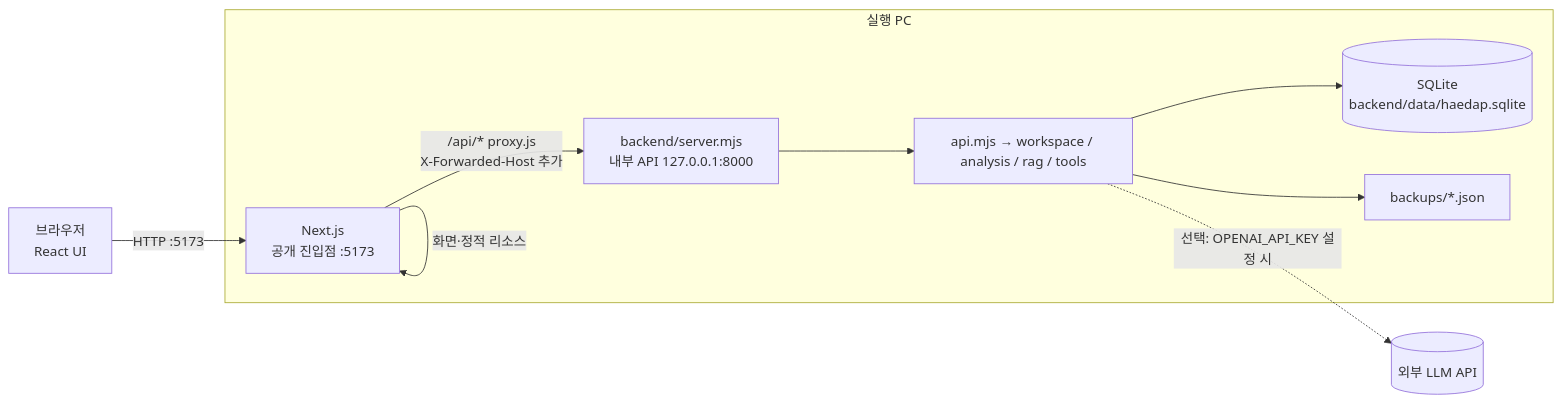
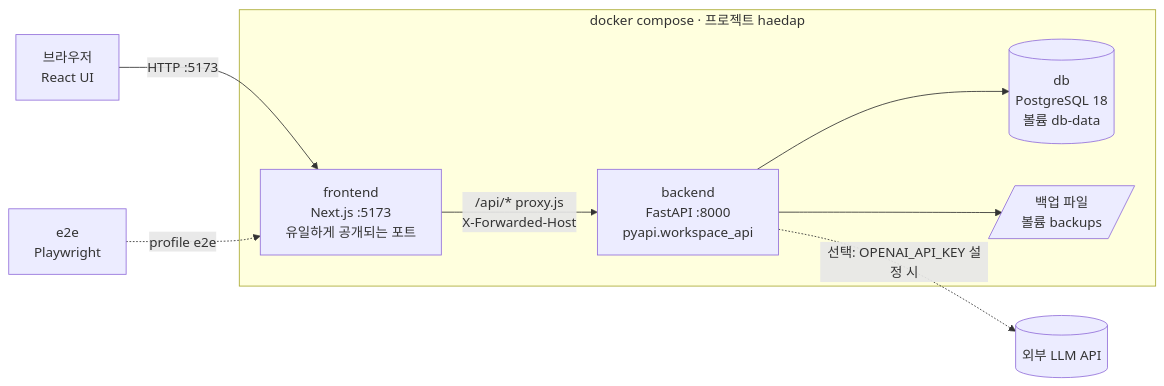
One commit to JongmuLee/sea-the-answer changed the first of 3 diagrams in docs/architecture.md. Above: the diagram before and after it, drawn with Mermaid. The commit also changed other lines of this file and 15 other files, not shown here.

First line of the commit message:
docs: 패키지 분리·docker compose·e2e 구조 반영, ADR 0009 추가

````diff
--- a/docs/architecture.md
+++ b/docs/architecture.md
@@ -10,16 +12,15 @@
 ```mermaid
 flowchart LR
   B[브라우저<br/>React UI] -->|HTTP :5173| N
-  subgraph PC[실행 PC]
-    N[Next.js<br/>공개 진입점 :5173]
-    G[backend/server.mjs<br/>내부 API 127.0.0.1:8000]
-    D[(SQLite<br/>backend/data/haedap.sqlite)]
-    K[backups/*.json]
-    N -->|화면·정적 리소스| N
-    N -->|/api/* proxy.js<br/>X-Forwarded-Host 추가| G
-    G --> A[api.mjs → workspace / analysis / rag / tools]
-    A --> D
-    A --> K
+  subgraph C[docker compose · 프로젝트 haedap]
+    N[frontend<br/>Next.js :5173<br/>유일하게 공개되는 포트]
+    G[backend<br/>FastAPI :8000<br/>pyapi.workspace_api]
+    D[(db<br/>PostgreSQL 18<br/>볼륨 db-data)]
+    K[/백업 파일<br/>볼륨 backups/]
+    N -->|/api/* proxy.js<br/>X-Forwarded-Host| G
+    G --> D
+    G --> K
   end
-  A -. 선택: OPENAI_API_KEY 설정 시 .-> O[(외부 LLM API)]
+  G -. 선택: OPENAI_API_KEY 설정 시 .-> O[(외부 LLM API)]
+  E[e2e<br/>Playwright] -. profile e2e .-> N
 ```
````
